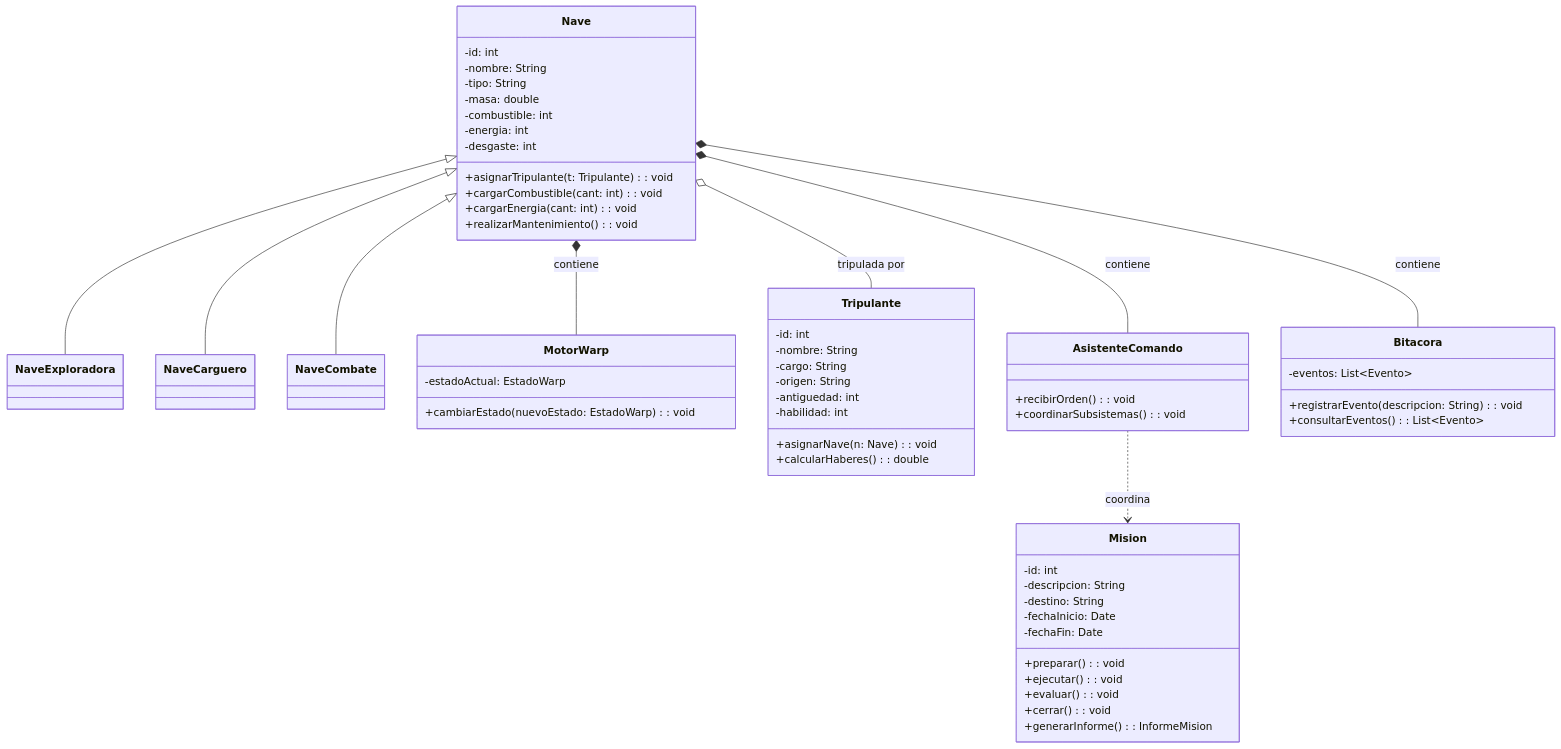
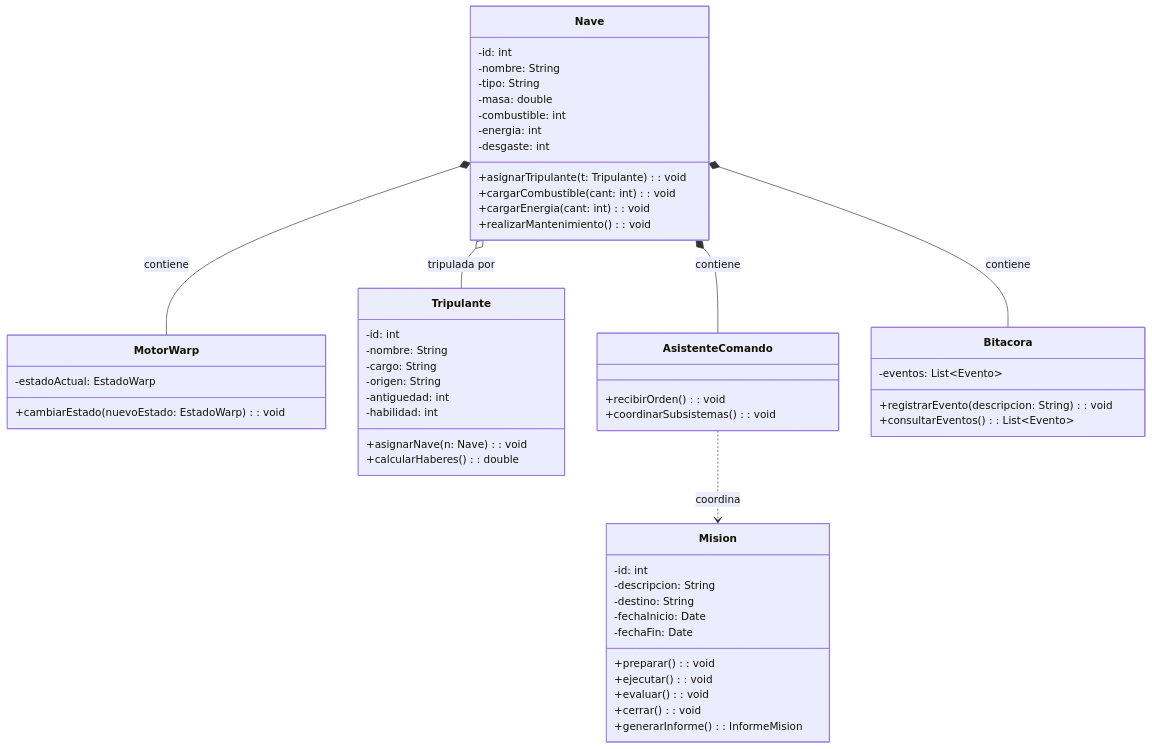
The diagram in README.md (CamilaSanchezB/TPGrupalProgramacionC2026), drawn with Mermaid before and after one commit.

Commit message:
Update UML class diagram in README
Removed specific subclasses from UML class diagram.

````diff
--- a/README.md
+++ b/README.md
@@ -1,77 +3,62 @@
 ```mermaid
 classDiagram
     class Nave {
         -id: int
         -nombre: String
         -tipo: String
         -masa: double
         -combustible: int
         -energia: int
         -desgaste: int
         +asignarTripulante(t: Tripulante): void
         +cargarCombustible(cant: int): void
         +cargarEnergia(cant: int): void
         +realizarMantenimiento(): void
-    }
-
-    class NaveExploradora {
-        %% Atributos o métodos específicos si los hay
-    }
-    class NaveCarguero {
-        %% Atributos o métodos específicos si los hay
-    }
-    class NaveCombate {
-        %% Atributos o métodos específicos si los hay
     }
 
     class MotorWarp {
         -estadoActual: EstadoWarp
         +cambiarEstado(nuevoEstado: EstadoWarp): void
     }
 
     class Tripulante {
         -id: int
         -nombre: String
         -cargo: String
         -origen: String
         -antiguedad: int
         -habilidad: int
         +asignarNave(n: Nave): void
         +calcularHaberes(): double
     }
 
     class AsistenteComando {
         +recibirOrden(): void
         +coordinarSubsistemas(): void
     }
 
     class Bitacora {
         -eventos: List~Evento~
         +registrarEvento(descripcion: String): void
         +consultarEventos(): List~Evento~
     }
 
     class Mision {
         -id: int
         -descripcion: String
         -destino: String
         -fechaInicio: Date
         -fechaFin: Date
         +preparar(): void
         +ejecutar(): void
         +evaluar(): void
         +cerrar(): void
         +generarInforme(): InformeMision
     }
 
-    %% Relación de Herencia: Las subclases heredan de Nave
-    Nave <|-- NaveExploradora
-    Nave <|-- NaveCarguero
-    Nave <|-- NaveCombate
-
     Nave *-- MotorWarp : contiene
     Nave *-- AsistenteComando : contiene
     Nave *-- Bitacora : contiene
     Nave o-- Tripulante : tripulada por
     AsistenteComando ..> Mision : coordina
 ```
````
